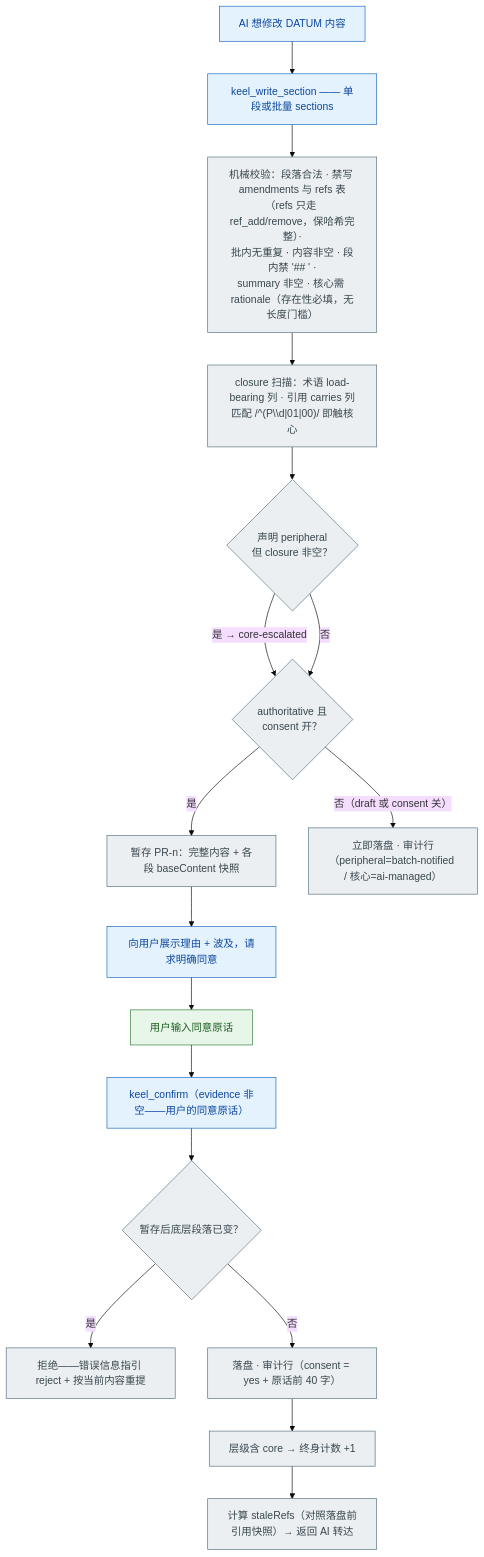
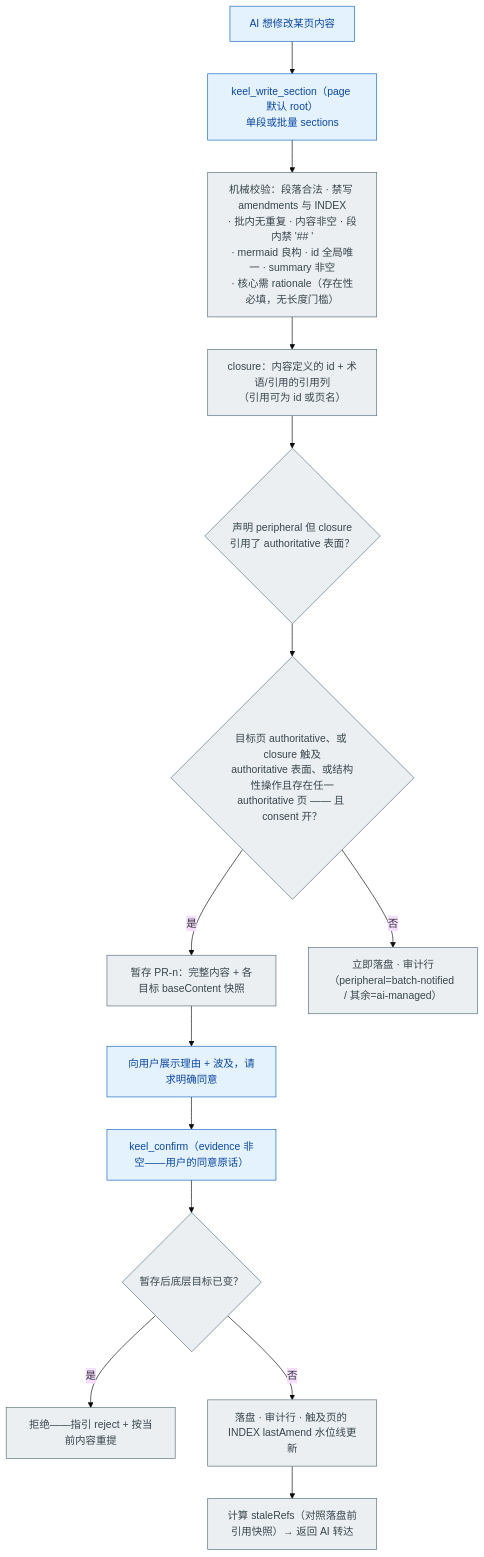
Before and after one commit to maxi3777/Keel: the fourth of 9 diagrams in docs/MENTAL-MODEL.md, drawn with Mermaid (base theme). The commit also changed other lines of this file and 15 other files, not shown here.

````diff
--- a/docs/MENTAL-MODEL.md
+++ b/docs/MENTAL-MODEL.md
@@ -116,30 +117,26 @@
 ```mermaid
 flowchart TD
-    WANT["AI 想修改 DATUM 内容"]:::ai
-    CALL["keel_write_section —— 单段或批量 sections"]:::ai
-    VAL["机械校验：段落合法 · 禁写 amendments 与 refs 表<br/>（refs 只走 ref_add/remove，保哈希完整）·<br/>批内无重复 · 内容非空 · 段内禁 '## ' ·<br/>summary 非空 · 核心需 rationale（存在性必填，无长度门槛）"]:::mech
-    CLOS["closure 扫描：术语 load-bearing 列 · 引用 carries 列<br/>匹配 /^(P\\d|01|00)/ 即触核心"]:::mech
-    ESC{"声明 peripheral<br/>但 closure 非空？"}:::mech
-    GATE{"authoritative 且<br/>consent 开？"}:::mech
-    STAGE["暂存 PR-n：完整内容 + 各段 baseContent 快照"]:::mech
+    WANT["AI 想修改某页内容"]:::ai
+    CALL["keel_write_section（page 默认 root）<br/>单段或批量 sections"]:::ai
+    VAL["机械校验：段落合法 · 禁写 amendments 与 INDEX<br/>· 批内无重复 · 内容非空 · 段内禁 '## '<br/>· mermaid 良构 · id 全局唯一 · summary 非空<br/>· 核心需 rationale（存在性必填，无长度门槛）"]:::mech
+    CLOS["closure：内容定义的 id + 术语/引用的引用列<br/>（引用可为 id 或页名）"]:::mech
+    ESC{"声明 peripheral 但 closure<br/>引用了 authoritative 表面？"}:::mech
+    GATE{"目标页 authoritative、或 closure 触及<br/>authoritative 表面、或结构性操作且存在任一<br/>authoritative 页 —— 且 consent 开？"}:::mech
+    STAGE["暂存 PR-n：完整内容 + 各目标 baseContent 快照"]:::mech
     SHOW["向用户展示理由 + 波及，请求明确同意"]:::ai
-    TYPE["用户输入同意原话"]:::human
     CONFIRM["keel_confirm（evidence 非空——用户的同意原话）"]:::ai
-    CLOB{"暂存后底层段落已变？"}:::mech
-    CLOBERR["拒绝——错误信息指引 reject + 按当前内容重提"]:::mech
-    APPLY2["落盘 · 审计行（consent = yes + 原话前 40 字）"]:::mech
-    LIFT["层级含 core → 终身计数 +1"]:::mech
+    CLOB{"暂存后底层目标已变？"}:::mech
+    CLOBERR["拒绝——指引 reject + 按当前内容重提"]:::mech
+    APPLY2["落盘 · 审计行 · 触及页的 INDEX lastAmend 水位线更新"]:::mech
     STALE["计算 staleRefs（对照落盘前引用快照）→ 返回 AI 转达"]:::mech
-    APPLY["立即落盘 · 审计行<br/>（peripheral=batch-notified / 核心=ai-managed）"]:::mech
+    APPLY["立即落盘 · 审计行（peripheral=batch-notified / 其余=ai-managed）"]:::mech
 
-    WANT --> CALL --> VAL --> CLOS --> ESC
-    ESC -->|"是 → core-escalated"| GATE
-    ESC -->|"否"| GATE
-    GATE -->|"否（draft 或 consent 关）"| APPLY
-    GATE -->|"是"| STAGE --> SHOW --> TYPE --> CONFIRM --> CLOB
+    WANT --> CALL --> VAL --> CLOS --> ESC --> GATE
+    GATE -->|"否"| APPLY
+    GATE -->|"是"| STAGE --> SHOW --> CONFIRM --> CLOB
     CLOB -->|"是"| CLOBERR
-    CLOB -->|"否"| APPLY2 --> LIFT --> STALE
+    CLOB -->|"否"| APPLY2 --> STALE
     classDef human fill:#e8f5e9,stroke:#2e7d32,color:#1b5e20
     classDef ai fill:#e3f2fd,stroke:#1565c0,color:#0d47a1
     classDef mech fill:#eceff1,stroke:#546e7a,color:#37474f
 ```
````
